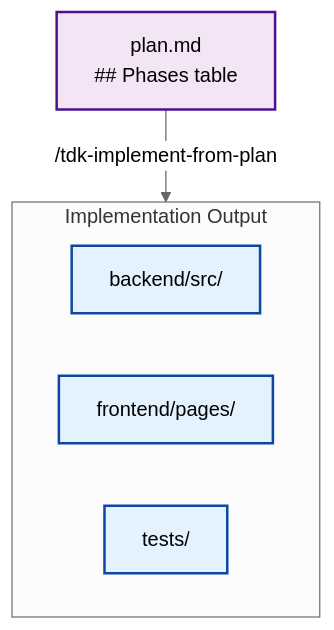
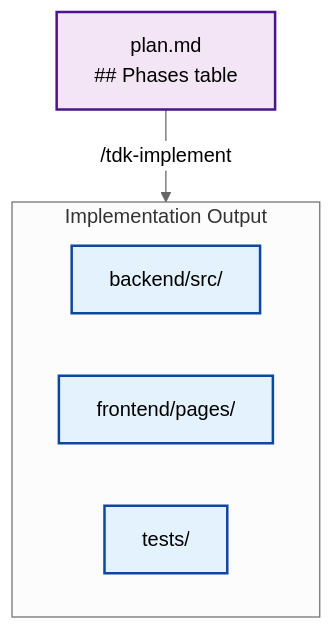
Before and after one commit to vinhltt/tdk: the fourth of 8 diagrams in .specify/docs/guides/document-flow.md, drawn with Mermaid (neutral theme). The commit also changed other lines of this file and 43 other files, not shown here.

````diff
--- a/.specify/docs/guides/document-flow.md
+++ b/.specify/docs/guides/document-flow.md
@@ -136,18 +136,18 @@
 ```mermaid
 flowchart TD
     PLAN[plan.md<br/>## Phases table]
 
     subgraph IMPL_OUTPUT[Implementation Output]
         CODE_BE[backend/src/]
         CODE_FE[frontend/pages/]
         TESTS[tests/]
     end
 
-    PLAN -->|"/tdk-implement-from-plan"| IMPL_OUTPUT
+    PLAN -->|"/tdk-implement"| IMPL_OUTPUT
 
     classDef input fill:#f3e5f5,stroke:#4a148c,stroke-width:2px
     classDef code fill:#e3f2fd,stroke:#0d47a1,stroke-width:2px
 
     class PLAN input
     class CODE_BE,CODE_FE,TESTS code
 ```
````
